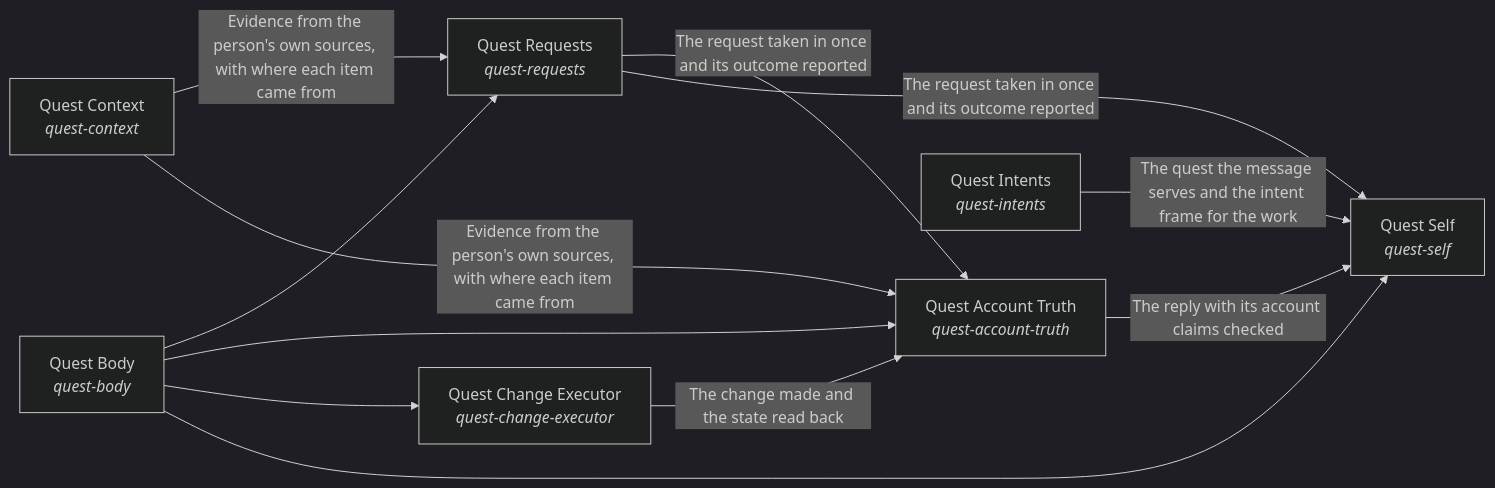
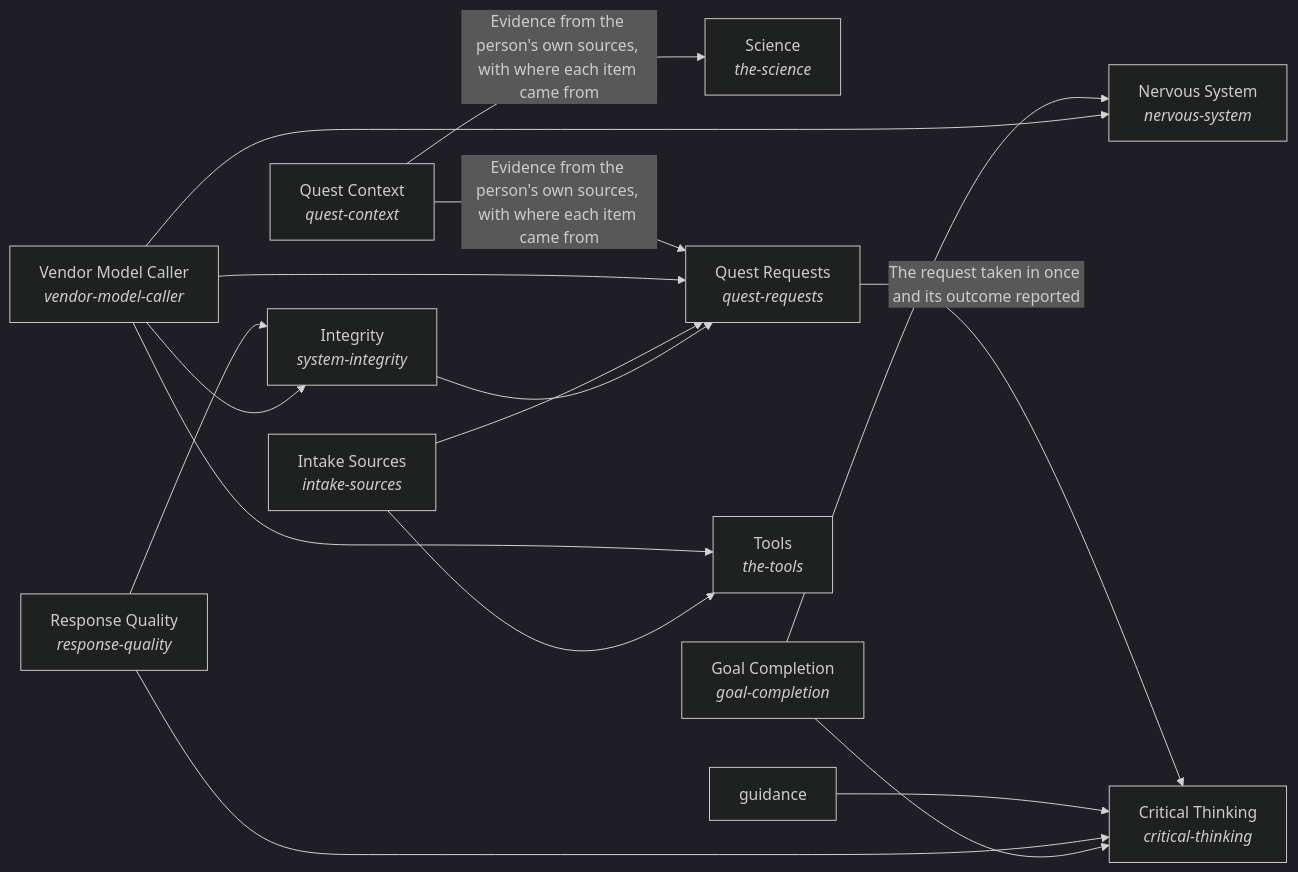
Before and after one commit to SpiritualData/quest-ai-runner: the first of 2 diagrams in quest_ai_runner/README.md, drawn with Mermaid (dark theme). The commit also changed other lines of this file and 91 other files, not shown here.

Commit message:
Intent Evolution interface and its place in the flow (no arm yet), metrics for Intent Evolution and Quest Consciousness, authoritative metrics, overrides, regenerated READMEs and diagrams

````diff
--- a/quest_ai_runner/README.md
+++ b/quest_ai_runner/README.md
@@ -17,21 +17,30 @@
 ```mermaid
 flowchart LR
-    s0["Quest Context<br/><i>quest-context</i>"]
-    s1["Quest Requests<br/><i>quest-requests</i>"]
-    s2["Quest Body<br/><i>quest-body</i>"]
-    s3["Quest Account Truth<br/><i>quest-account-truth</i>"]
-    s4["Quest Change Executor<br/><i>quest-change-executor</i>"]
-    s5["Quest Intents<br/><i>quest-intents</i>"]
-    s6["Quest Self<br/><i>quest-self</i>"]
-    s0 -->|"Evidence from the person's own sources, with where each item came from"| s1
-    s0 -->|"Evidence from the person's own sources, with where each item came from"| s3
-    s1 -->|"The request taken in once and its outcome reported"| s3
-    s1 -->|"The request taken in once and its outcome reported"| s6
-    s2 --> s1
-    s2 --> s3
-    s2 --> s4
-    s2 --> s6
-    s3 -->|"The reply with its account claims checked"| s6
-    s4 -->|"The change made and the state read back"| s3
-    s5 -->|"The quest the message serves and the intent frame for the work"| s6
+    s0["Integrity<br/><i>system-integrity</i>"]
+    s1["Intake Sources<br/><i>intake-sources</i>"]
+    s2["Nervous System<br/><i>nervous-system</i>"]
+    s3["Vendor Model Caller<br/><i>vendor-model-caller</i>"]
+    s4["Science<br/><i>the-science</i>"]
+    s5["Critical Thinking<br/><i>critical-thinking</i>"]
+    s6["Goal Completion<br/><i>goal-completion</i>"]
+    s7["Response Quality<br/><i>response-quality</i>"]
+    s8["guidance"]
+    s9["Tools<br/><i>the-tools</i>"]
+    s10["Quest Context<br/><i>quest-context</i>"]
+    s11["Quest Requests<br/><i>quest-requests</i>"]
+    s0 --> s11
+    s1 --> s9
+    s1 --> s11
+    s3 --> s0
+    s3 --> s2
+    s3 --> s9
+    s3 --> s11
+    s6 --> s2
+    s6 --> s5
+    s7 --> s0
+    s7 --> s5
+    s8 --> s5
+    s10 -->|"Evidence from the person's own sources, with where each item came from"| s4
+    s10 -->|"Evidence from the person's own sources, with where each item came from"| s11
+    s11 -->|"The request taken in once and its outcome reported"| s5
 ```
````
